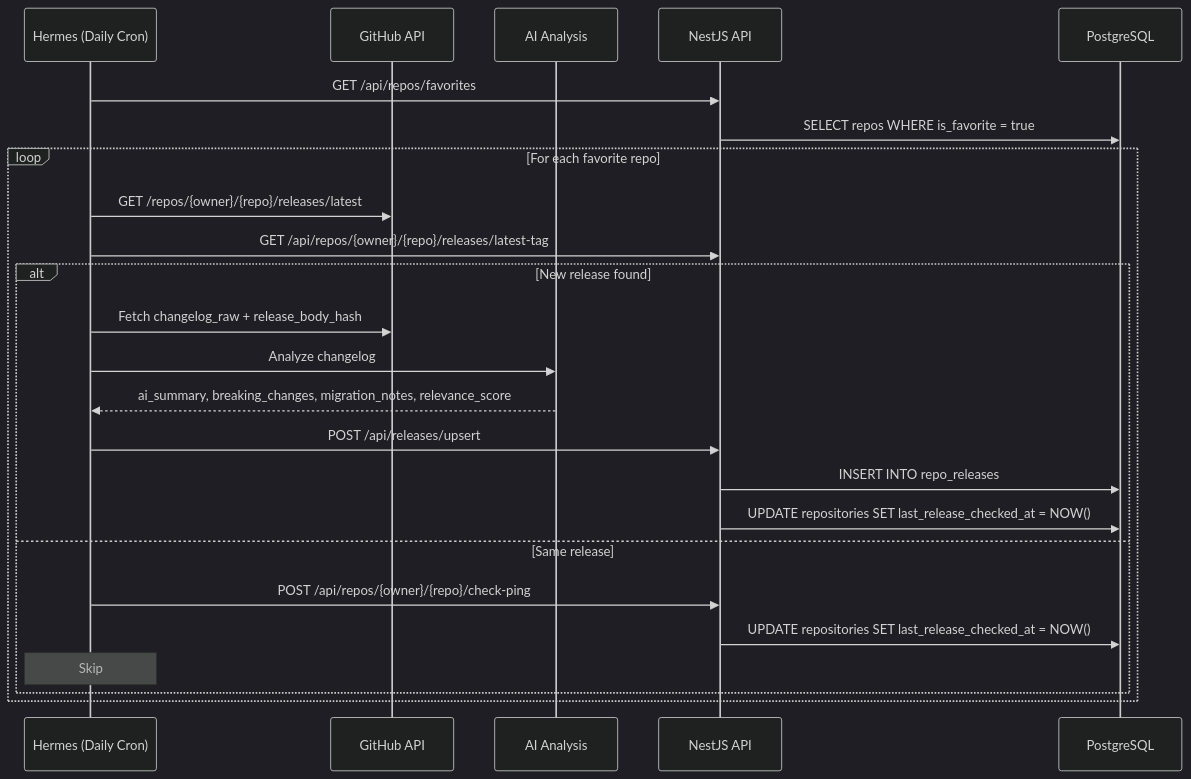
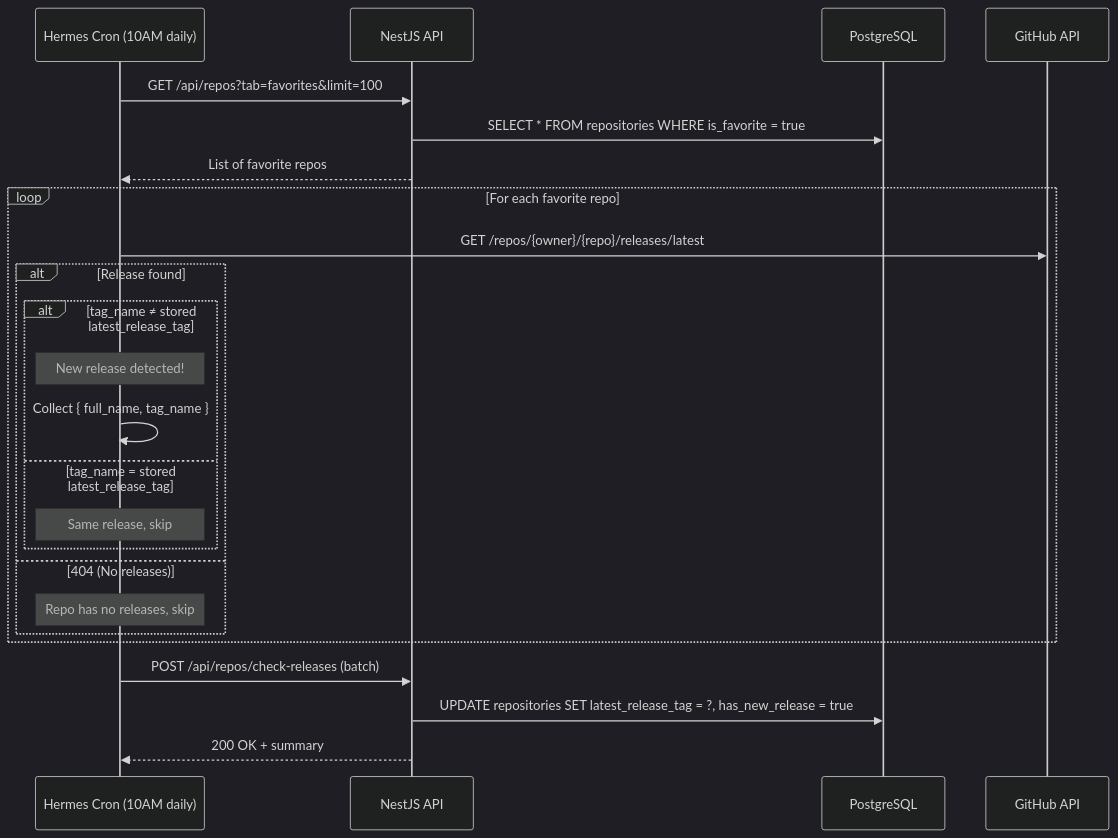
Before and after one commit to thangvq95/thangvq-digital-hub: the diagram in docs/architecture/release-analysis-pipeline.md, drawn with Mermaid (dark theme). The commit also changed other lines of this file and 49 other files, not shown here.

First line of the commit message:
Integrate repo detail & AI analysis; refactor APIs

````diff
--- a/docs/architecture/release-analysis-pipeline.md
+++ b/docs/architecture/release-analysis-pipeline.md
@@ -15,27 +18,29 @@
 ```mermaid
 sequenceDiagram
-    participant Cron as Hermes (Daily Cron)
-    participant GH as GitHub API
-    participant AI as AI Analysis
+    participant HC as Hermes Cron (10AM daily)
     participant BE as NestJS API
     participant DB as PostgreSQL
+    participant GH as GitHub API
 
-    Cron->>BE: GET /api/repos/favorites
-    BE->>DB: SELECT repos WHERE is_favorite = true
+    HC->>BE: GET /api/repos?tab=favorites&limit=100
+    BE->>DB: SELECT * FROM repositories WHERE is_favorite = true
+    BE-->>HC: List of favorite repos
+
     loop For each favorite repo
-        Cron->>GH: GET /repos/{owner}/{repo}/releases/latest
-        Cron->>BE: GET /api/repos/{owner}/{repo}/releases/latest-tag
-        alt New release found
-            Cron->>GH: Fetch changelog_raw + release_body_hash
-            Cron->>AI: Analyze changelog
-            AI-->>Cron: ai_summary, breaking_changes, migration_notes, relevance_score
-            Cron->>BE: POST /api/releases/upsert
-            BE->>DB: INSERT INTO repo_releases
-            BE->>DB: UPDATE repositories SET last_release_checked_at = NOW()
-        else Same release
-            Cron->>BE: POST /api/repos/{owner}/{repo}/check-ping
-            BE->>DB: UPDATE repositories SET last_release_checked_at = NOW()
-            Note over Cron: Skip
+        HC->>GH: GET /repos/{owner}/{repo}/releases/latest
+        alt Release found
+            alt tag_name ≠ stored latest_release_tag
+                Note over HC: New release detected!
+                HC->>HC: Collect { full_name, tag_name }
+            else tag_name = stored latest_release_tag
+                Note over HC: Same release, skip
+            end
+        else 404 (No releases)
+            Note over HC: Repo has no releases, skip
         end
     end
+
+    HC->>BE: POST /api/repos/check-releases (batch)
+    BE->>DB: UPDATE repositories SET latest_release_tag = ?, has_new_release = true
+    BE-->>HC: 200 OK + summary
 ```
````
